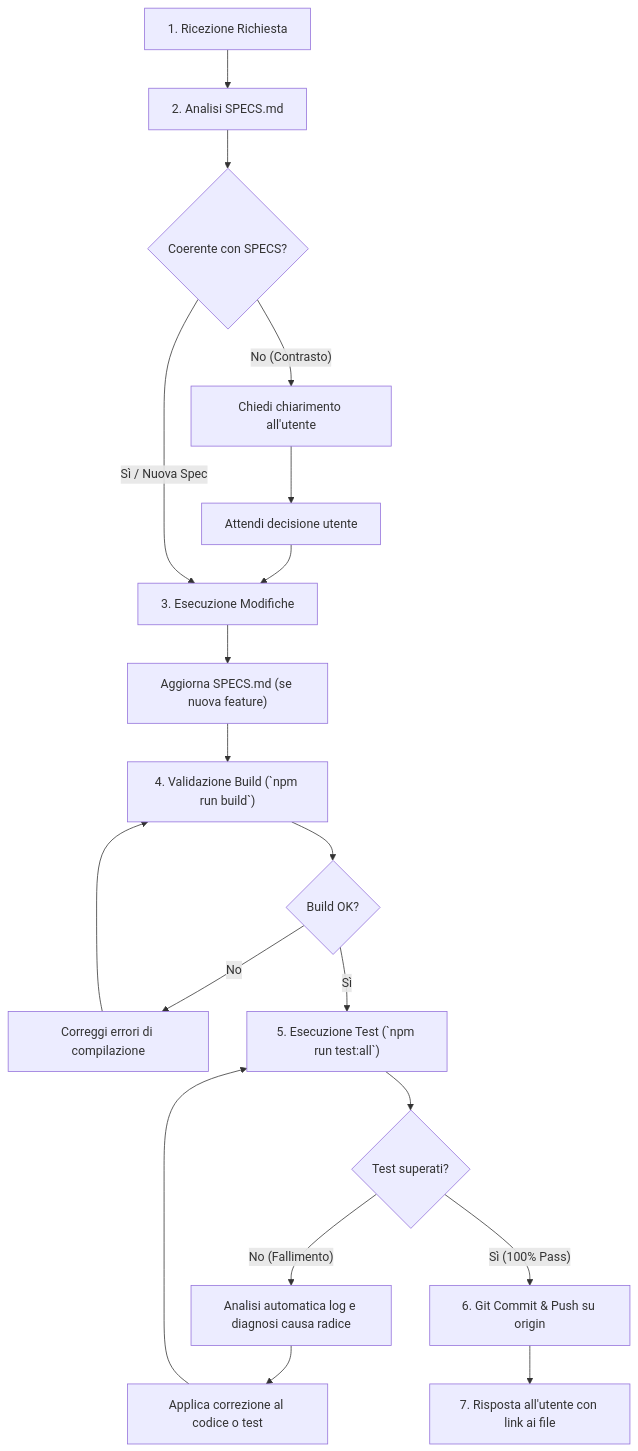
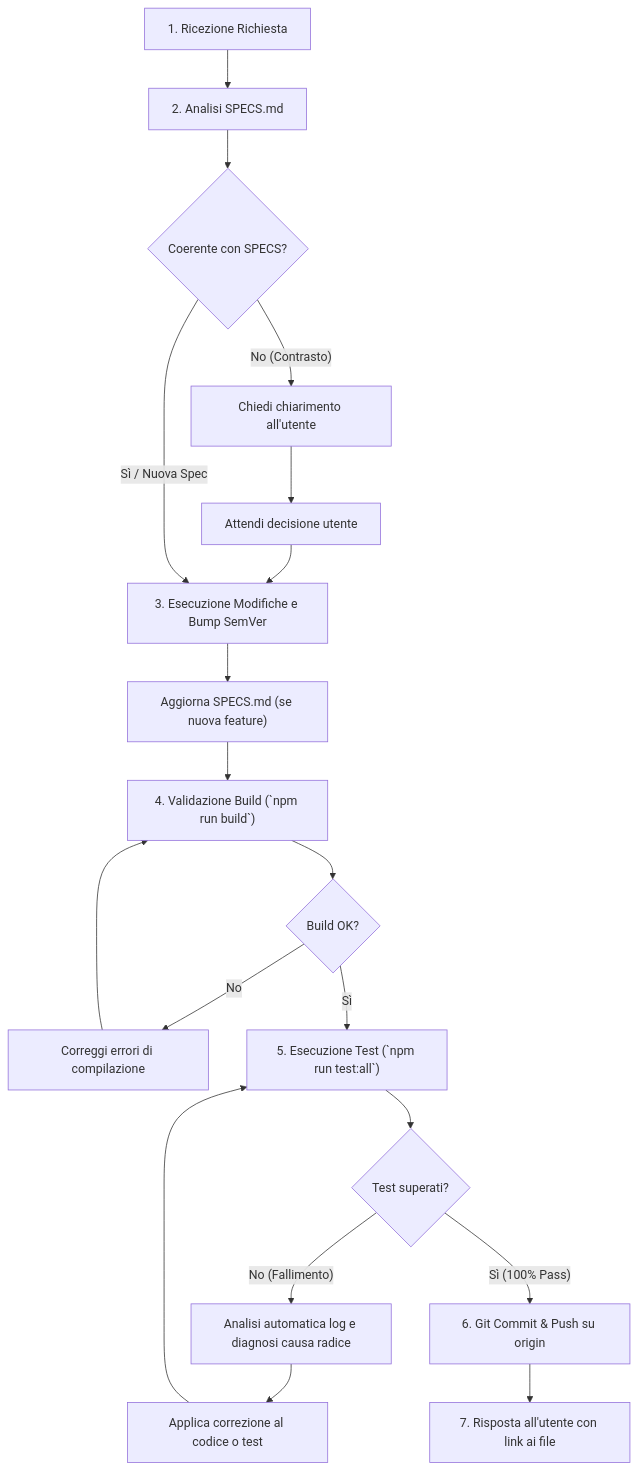
Before and after one commit to lucavandro/lscway: the diagram in AGENTS.md, drawn with Mermaid. The commit also changed other lines of this file and 8 other files, not shown here.

Commit message:
feat: introduce unified SemVer versioning displayed in drawer footer

````diff
--- a/AGENTS.md
+++ b/AGENTS.md
@@ -94,21 +111,21 @@
 ```mermaid
 flowchart TD
     A["1. Ricezione Richiesta"] --> B["2. Analisi SPECS.md"]
     B --> C{"Coerente con SPECS?"}
     C -- "No (Contrasto)" --> D["Chiedi chiarimento all'utente"]
     D --> E["Attendi decisione utente"]
-    E --> F["3. Esecuzione Modifiche"]
+    E --> F["3. Esecuzione Modifiche e Bump SemVer"]
     C -- "Sì / Nuova Spec" --> F
     F --> G["Aggiorna SPECS.md (se nuova feature)"]
     G --> H["4. Validazione Build (`npm run build`)"]
     H --> I{"Build OK?"}
     I -- "No" --> J["Correggi errori di compilazione"]
     J --> H
     I -- "Sì" --> T["5. Esecuzione Test (`npm run test:all`)"]
     T --> U{"Test superati?"}
     U -- "No (Fallimento)" --> V["Analisi automatica log e diagnosi causa radice"]
     V --> W["Applica correzione al codice o test"]
     W --> T
     U -- "Sì (100% Pass)" --> K["6. Git Commit & Push su origin"]
     K --> L["7. Risposta all'utente con link ai file"]
 ```
````
